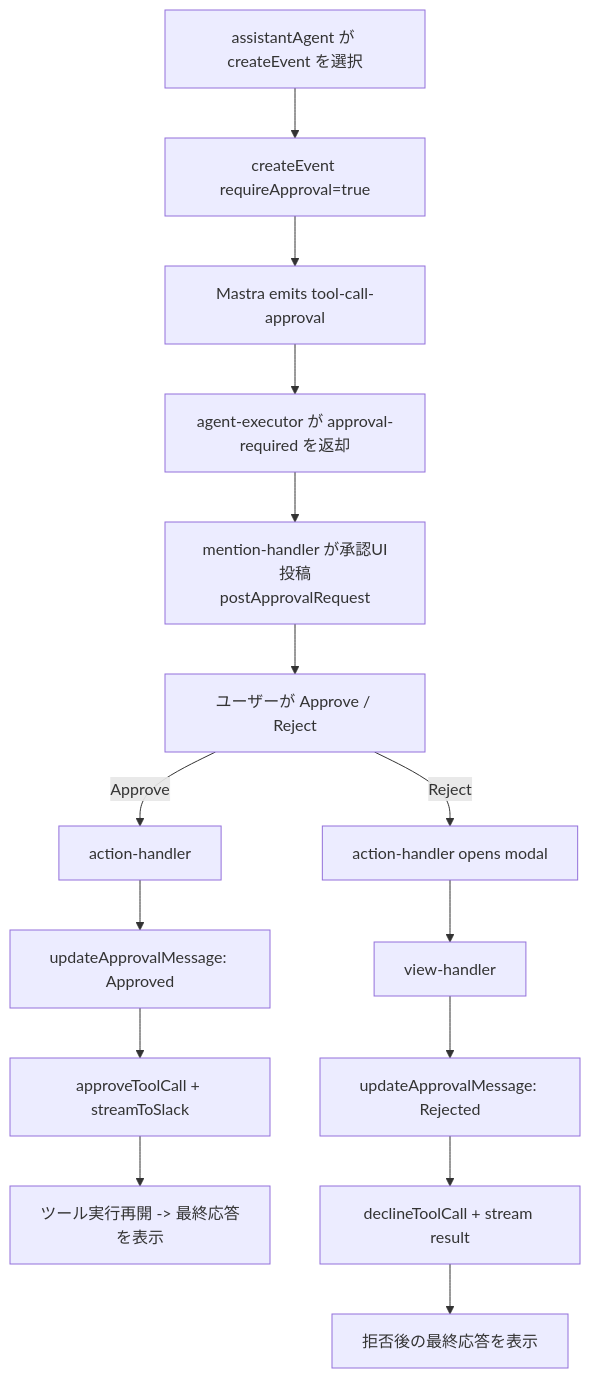
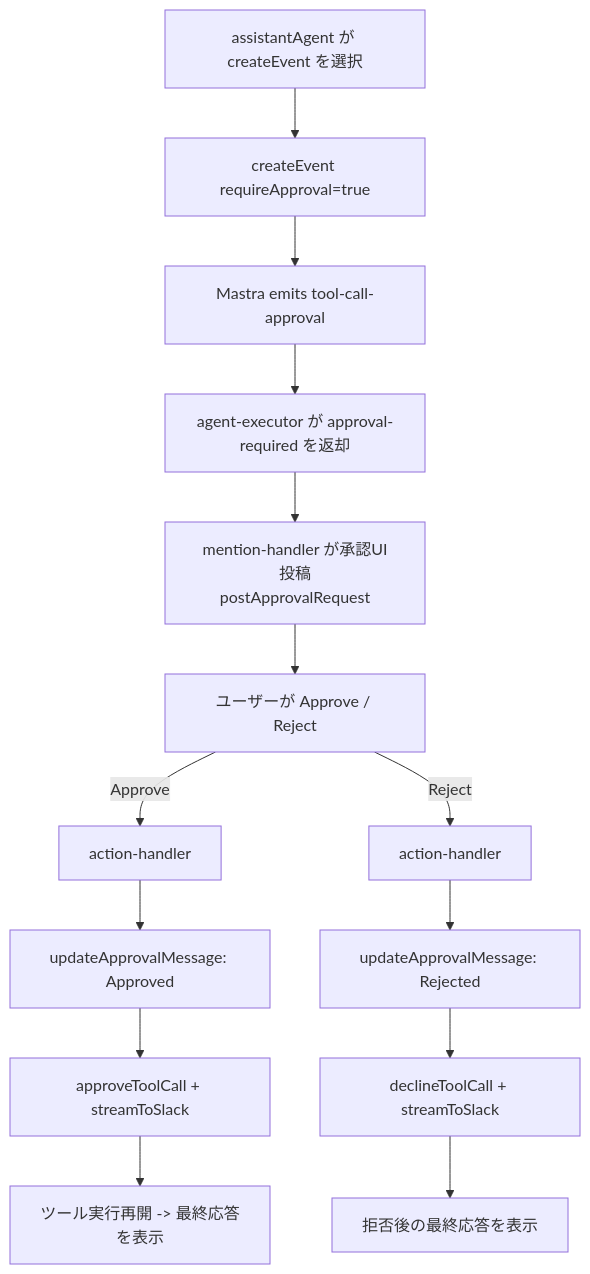
The third of 4 diagrams in docs/PROCESS_FLOW.md (2bo/mastra-slack-agent), drawn with Mermaid before and after one commit. The commit also changed other lines of this file and 13 other files, not shown here.

First line of the commit message:
refactor: remove unused deny reason modal and simplify reject flow

````diff
--- a/docs/PROCESS_FLOW.md
+++ b/docs/PROCESS_FLOW.md
@@ -70,19 +69,18 @@
 ```mermaid
 flowchart TD
   A[assistantAgent が createEvent を選択] --> B[createEvent requireApproval=true]
   B --> C[Mastra emits tool-call-approval]
   C --> D[agent-executor が approval-required を返却]
   D --> E[mention-handler が承認UI投稿<br/>postApprovalRequest]
   E --> F[ユーザーが Approve / Reject]
 
   F -->|Approve| G[action-handler]
   G --> H[updateApprovalMessage: Approved]
   H --> I[approveToolCall + streamToSlack]
   I --> J[ツール実行再開 -> 最終応答を表示]
 
-  F -->|Reject| K[action-handler opens modal]
-  K --> L[view-handler]
-  L --> M[updateApprovalMessage: Rejected]
-  M --> N[declineToolCall + stream result]
-  N --> O[拒否後の最終応答を表示]
+  F -->|Reject| K[action-handler]
+  K --> L[updateApprovalMessage: Rejected]
+  L --> M[declineToolCall + streamToSlack]
+  M --> N[拒否後の最終応答を表示]
 ```
````
